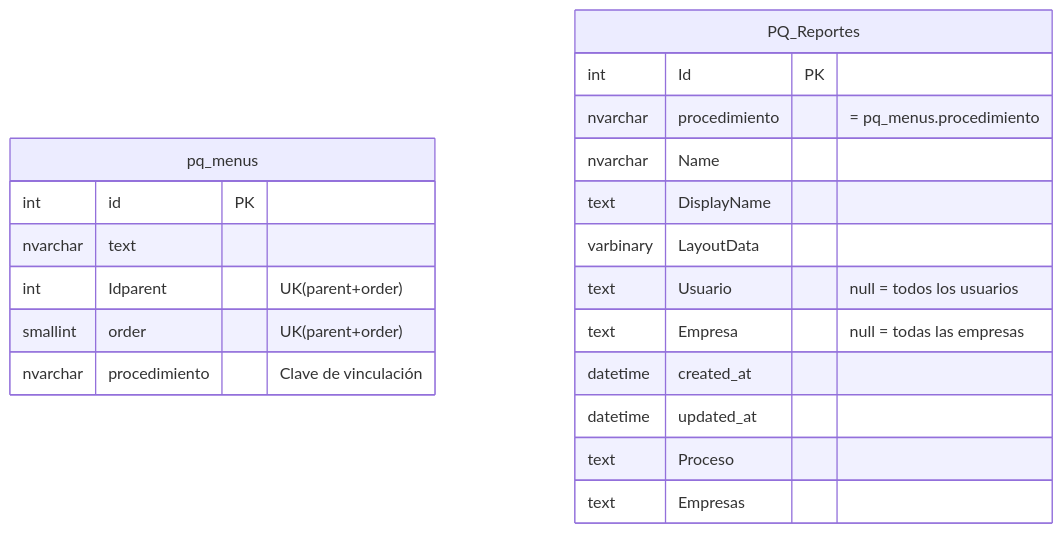
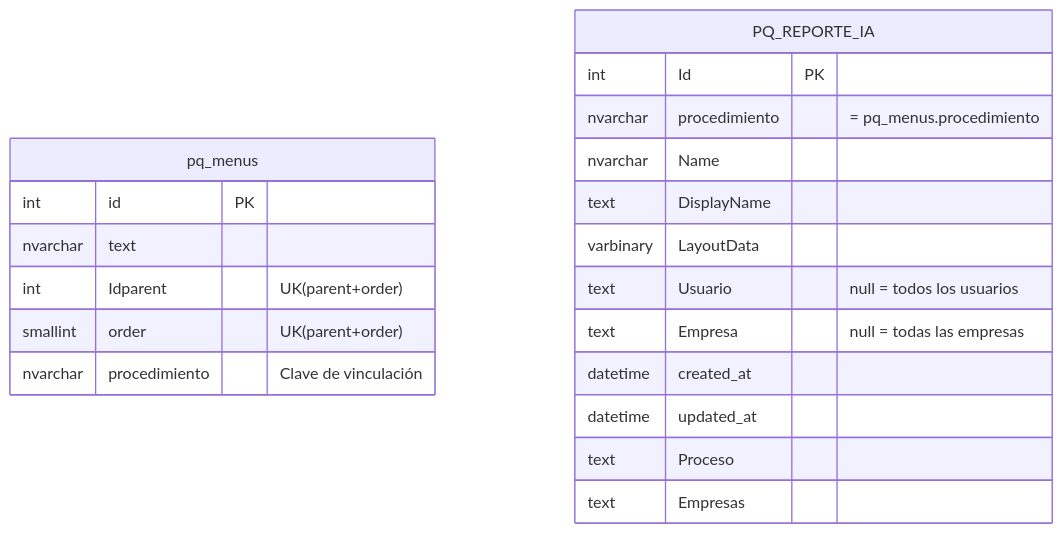
One commit to paqsystems/PaqSuite-IA-TANGO changed the fourth of 6 diagrams in docs/modelo-datos/md-diccionario/md-diccionario-diagramas.md. Above: the diagram before and after it, drawn with Mermaid. The commit also changed other lines of this file and 146 other files, not shown here.

````diff
--- a/docs/modelo-datos/md-diccionario/md-diccionario-diagramas.md
+++ b/docs/modelo-datos/md-diccionario/md-diccionario-diagramas.md
@@ -323,24 +323,24 @@
 ```mermaid
 erDiagram
     pq_menus {
         int id PK
         nvarchar text
         int Idparent "UK(parent+order)"
         smallint order "UK(parent+order)"
         nvarchar procedimiento "Clave de vinculación"
     }
     
-    PQ_Reportes {
+    PQ_REPORTE_IA {
         int Id PK
         nvarchar procedimiento "= pq_menus.procedimiento"
         nvarchar Name
         text DisplayName
         varbinary LayoutData
         text Usuario "null = todos los usuarios"
         text Empresa "null = todas las empresas"
         datetime created_at
         datetime updated_at
         text Proceso
         text Empresas
     }
 ```
````
